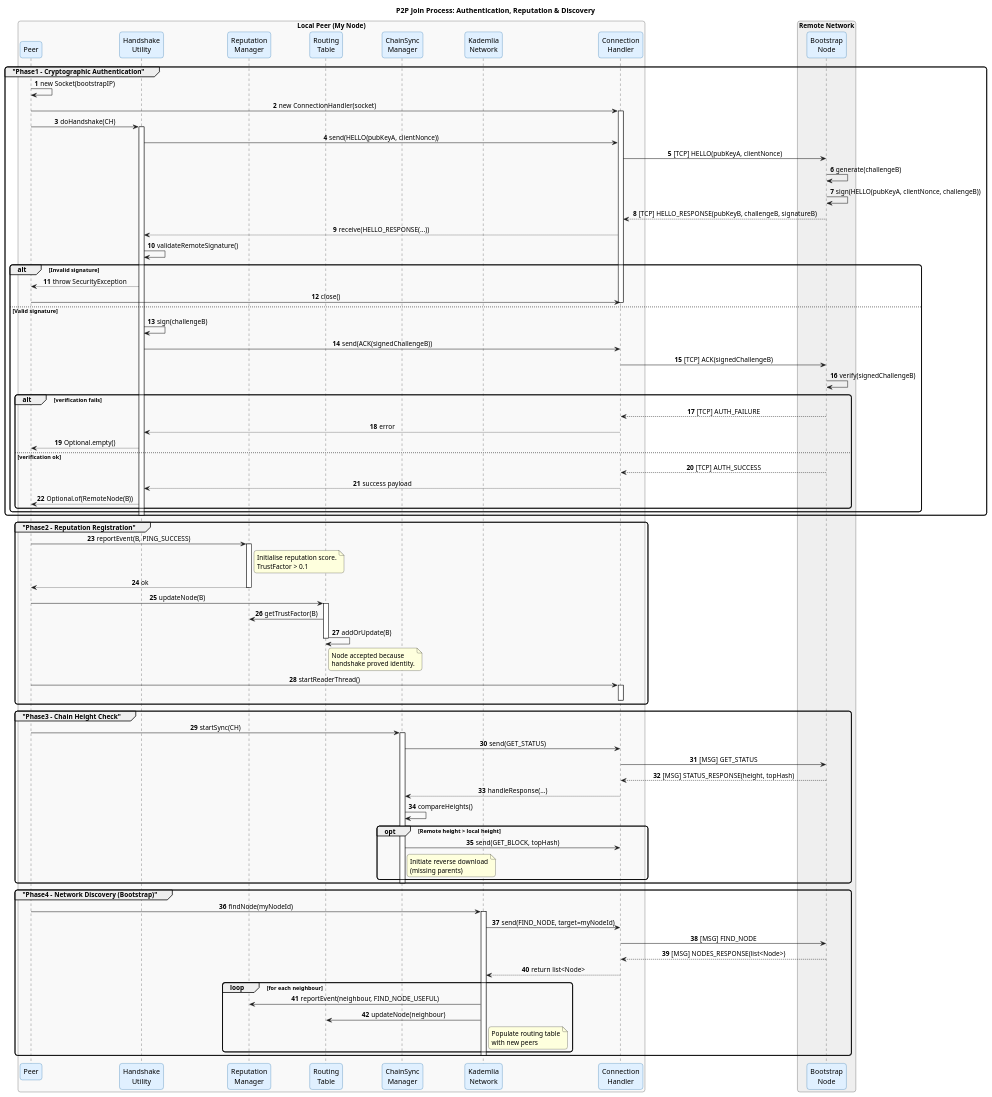
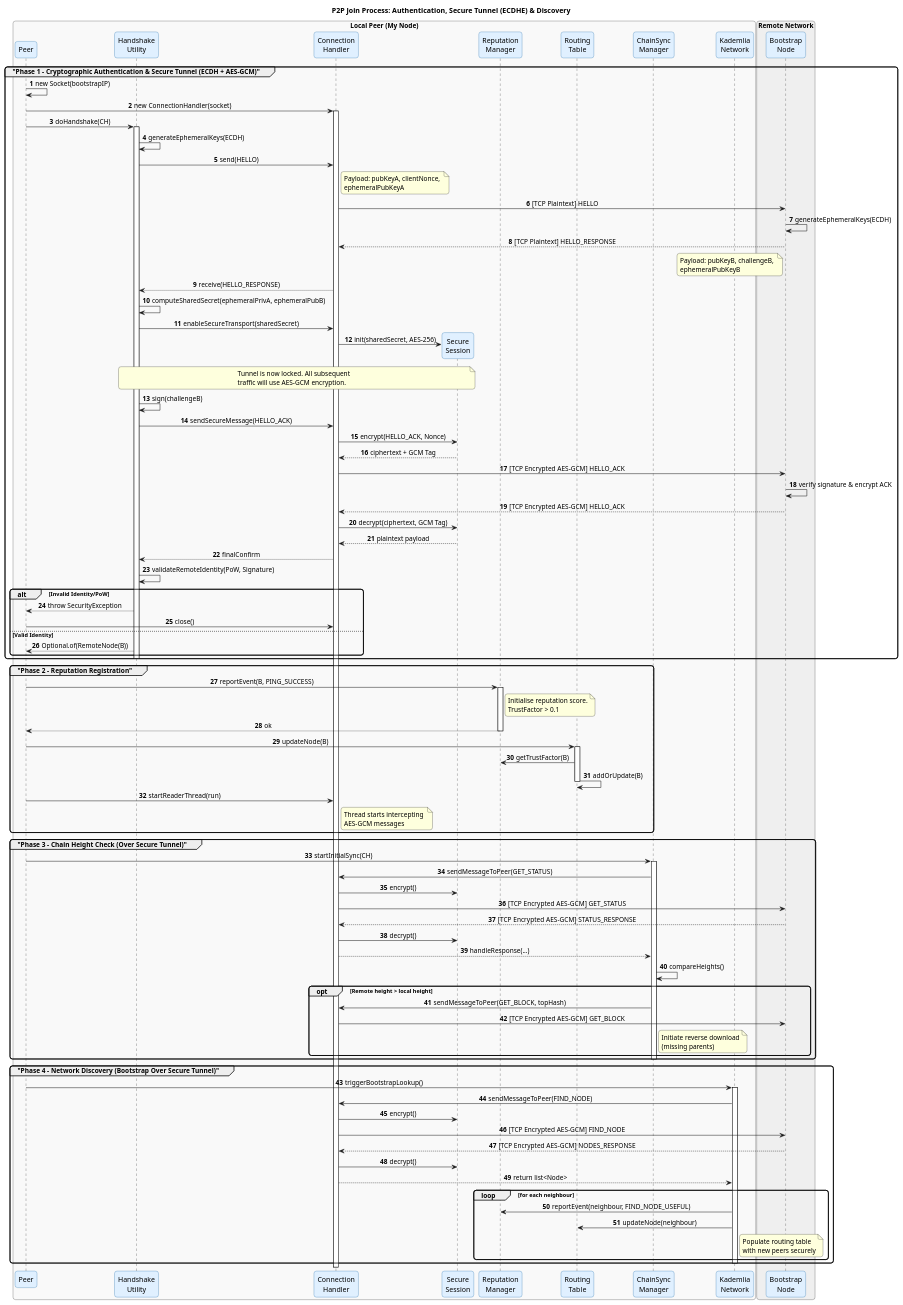
One commit to Hugofr21/blockchain-mechanisms changed the diagram in docs/diagram/flow/auth.puml. Above: the diagram before and after it, drawn with PlantUML. The commit also changed 4 other files, not shown here.

```diff
--- a/docs/diagram/flow/auth.puml
+++ b/docs/diagram/flow/auth.puml
@@ -1,140 +1,143 @@
-@startuml
-title P2P Join Process: Authentication, Reputation & Discovery
+@startuml AuthenticationFlow
+title P2P Join Process: Authentication, Secure Tunnel (ECDHE) & Discovery
 skinparam roundCorner 10
 skinparam sequenceMessageAlign center
 skinparam participantBorderColor #005A9C
 skinparam participantBackgroundColor #E0F0FF
 autonumber
 
-
 box "Local Peer (My Node)" #F9F9F9
     participant "Peer" as P
     participant "Handshake\nUtility" as HS
+    participant "Connection\nHandler" as CH
+    participant "Secure\nSession" as SEC
     participant "Reputation\nManager" as REP
     participant "Routing\nTable" as RT
     participant "ChainSync\nManager" as SYNC
     participant "Kademlia\nNetwork" as KAD
-    participant "Connection\nHandler" as CH
 end box
 
 box "Remote Network" #EFEFEF
     participant "Bootstrap\nNode" as B
 end box
 
-
-group "Phase1 – Cryptographic Authentication"
+group "Phase 1 – Cryptographic Authentication & Secure Tunnel (ECDH + AES-GCM)"
     P -> P : new Socket(bootstrapIP)
     P -> CH : new ConnectionHandler(socket)
     activate CH
 
     P -> HS : doHandshake(CH)
     activate HS
 
+    HS -> HS : generateEphemeralKeys(ECDH)
+    HS -> CH : send(HELLO)
+    note right of CH: Payload: pubKeyA, clientNonce, \nephemeralPubKeyA
+    CH -> B : [TCP Plaintext] HELLO
 
-    HS -> CH : send(HELLO(pubKeyA, clientNonce))
-    CH -> B : [TCP] HELLO(pubKeyA, clientNonce)
+    B -> B : generateEphemeralKeys(ECDH)
+    B --> CH : [TCP Plaintext] HELLO_RESPONSE
+    note left of B: Payload: pubKeyB, challengeB, \nephemeralPubKeyB
 
+    CH --> HS : receive(HELLO_RESPONSE)
 
-    B -> B : generate(challengeB)
-    B -> B : sign(HELLO(pubKeyA, clientNonce, challengeB))
-    B --> CH : [TCP] HELLO_RESPONSE(pubKeyB, challengeB, signatureB)
+    HS -> HS : computeSharedSecret(ephemeralPrivA, ephemeralPubB)
+    HS -> CH : enableSecureTransport(sharedSecret)
+    CH -> SEC ** : init(sharedSecret, AES-256)
+    
+    note over HS, SEC
+        Tunnel is now locked. All subsequent 
+        traffic will use AES-GCM encryption.
+    end note
 
-    CH --> HS : receive(HELLO_RESPONSE(...))
+    HS -> HS : sign(challengeB)
+    HS -> CH : sendSecureMessage(HELLO_ACK)
+    CH -> SEC : encrypt(HELLO_ACK, Nonce)
+    SEC --> CH : ciphertext + GCM Tag
+    CH -> B : [TCP Encrypted AES-GCM] HELLO_ACK
 
-    HS -> HS : validateRemoteSignature()
-    alt Invalid signature
+    B -> B : verify signature & encrypt ACK
+    B --> CH : [TCP Encrypted AES-GCM] HELLO_ACK
+    CH -> SEC : decrypt(ciphertext, GCM Tag)
+    SEC --> CH : plaintext payload
+    CH --> HS : finalConfirm
+    
+    HS -> HS : validateRemoteIdentity(PoW, Signature)
+    alt Invalid Identity/PoW
         HS --> P : throw SecurityException
         P -> CH : close()
-        deactivate CH
-    else Valid signature
-
-        HS -> HS : sign(challengeB)
-        HS -> CH : send(ACK(signedChallengeB))
-        CH -> B : [TCP] ACK(signedChallengeB)
-
-
-        B -> B : verify(signedChallengeB)
-        alt verification fails
-            B --> CH : [TCP] AUTH_FAILURE
-            CH --> HS : error
-            HS --> P : Optional.empty()
-        else verification ok
-            B --> CH : [TCP] AUTH_SUCCESS
-            CH --> HS : success payload
-            HS --> P : Optional.of(RemoteNode(B))
-        end
+    else Valid Identity
+        HS --> P : Optional.of(RemoteNode(B))
     end
     deactivate HS
-    deactivate CH
 end
 
-
-group "Phase2 – Reputation Registration"
+group "Phase 2 – Reputation Registration"
     P -> REP : reportEvent(B, PING_SUCCESS)
     activate REP
     note right of REP
         Initialise reputation score.
         TrustFactor > 0.1
     end note
     REP --> P : ok
     deactivate REP
 
     P -> RT : updateNode(B)
     activate RT
     RT -> REP : getTrustFactor(B)
     RT -> RT : addOrUpdate(B)
-    note right of RT
-        Node accepted because
-        handshake proved identity.
-    end note
     deactivate RT
 
-    P -> CH : startReaderThread()
-    activate CH
-    deactivate CH
+    P -> CH : startReaderThread(run)
+    note right of CH
+        Thread starts intercepting 
+        AES-GCM messages
+    end note
 end
 
-
-group "Phase3 – Chain Height Check"
-    P -> SYNC : startSync(CH)
+group "Phase 3 – Chain Height Check (Over Secure Tunnel)"
+    P -> SYNC : startInitialSync(CH)
     activate SYNC
 
-    SYNC -> CH : send(GET_STATUS)
-    CH -> B : [MSG] GET_STATUS
-    B --> CH : [MSG] STATUS_RESPONSE(height, topHash)
-
+    SYNC -> CH : sendMessageToPeer(GET_STATUS)
+    CH -> SEC : encrypt()
+    CH -> B : [TCP Encrypted AES-GCM] GET_STATUS
+    B --> CH : [TCP Encrypted AES-GCM] STATUS_RESPONSE
+    CH -> SEC : decrypt()
+    
     CH --> SYNC : handleResponse(...)
     SYNC -> SYNC : compareHeights()
     opt Remote height > local height
-        SYNC -> CH : send(GET_BLOCK, topHash)
+        SYNC -> CH : sendMessageToPeer(GET_BLOCK, topHash)
+        CH -> B : [TCP Encrypted AES-GCM] GET_BLOCK
         note right of SYNC
             Initiate reverse download
             (missing parents)
         end note
     end
     deactivate SYNC
 end
 
-
-group "Phase4 – Network Discovery (Bootstrap)"
-    P -> KAD : findNode(myNodeId)
+group "Phase 4 – Network Discovery (Bootstrap Over Secure Tunnel)"
+    P -> KAD : triggerBootstrapLookup()
     activate KAD
 
-    KAD -> CH : send(FIND_NODE, target=myNodeId)
-    CH -> B : [MSG] FIND_NODE
-    B --> CH : [MSG] NODES_RESPONSE(list<Node>)
+    KAD -> CH : sendMessageToPeer(FIND_NODE)
+    CH -> SEC : encrypt()
+    CH -> B : [TCP Encrypted AES-GCM] FIND_NODE
+    B --> CH : [TCP Encrypted AES-GCM] NODES_RESPONSE
+    CH -> SEC : decrypt()
 
     CH --> KAD : return list<Node>
 
     loop for each neighbour
         KAD -> REP : reportEvent(neighbour, FIND_NODE_USEFUL)
         KAD -> RT  : updateNode(neighbour)
         note right of KAD
             Populate routing table
-            with new peers
+            with new peers securely
         end note
     end
     deactivate KAD
 end
 
 @enduml
```
